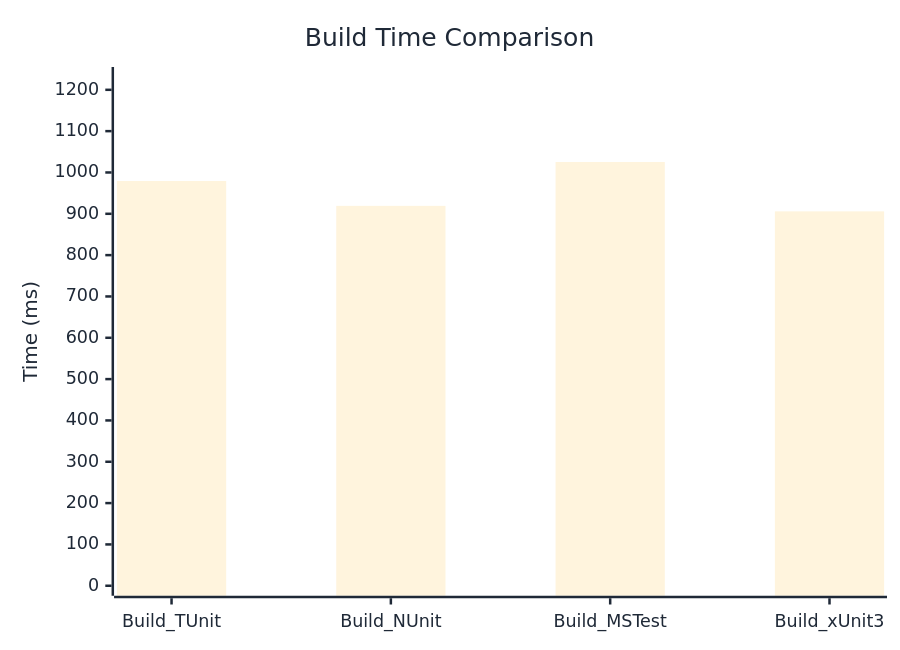
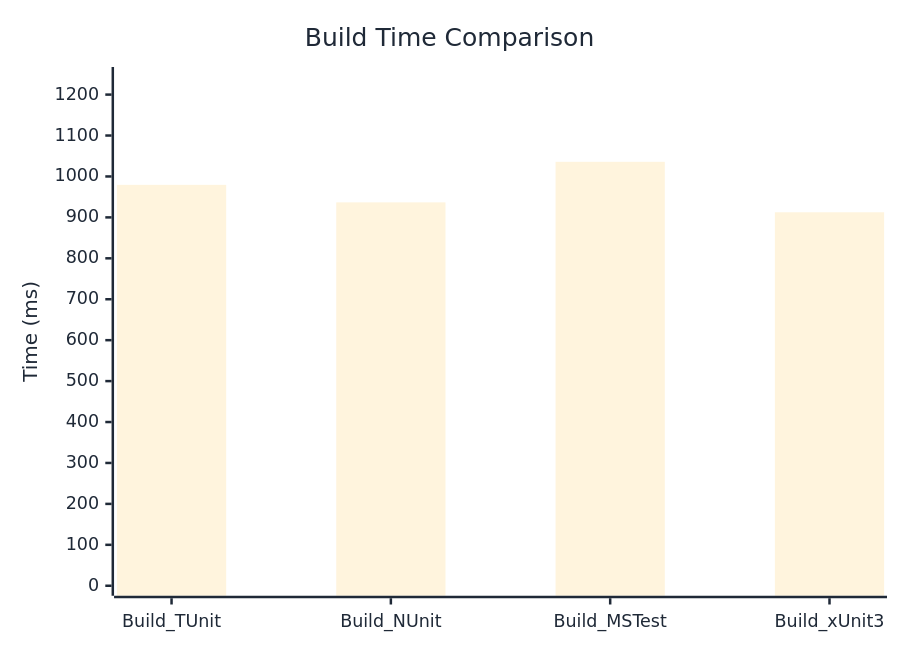
The diagram in docs/docs/benchmarks/engine/BuildTime.md (thomhurst/TUnit), drawn with Mermaid before and after one commit. The commit also changed other lines of this file and 18 other files, not shown here.

````diff
--- a/docs/docs/benchmarks/engine/BuildTime.md
+++ b/docs/docs/benchmarks/engine/BuildTime.md
@@ -30,37 +30,37 @@
 ```mermaid
 %%{init: {
   'theme':'base',
   'themeVariables': {
     'primaryColor': '#2563eb',
     'primaryTextColor': '#1f2937',
     'primaryBorderColor': '#1e40af',
     'lineColor': '#6b7280',
     'secondaryColor': '#7c3aed',
     'tertiaryColor': '#dc2626',
     'background': '#ffffff',
     'mainBkg': '#2563eb',
     'secondBkg': '#7c3aed',
     'tertiaryBkg': '#dc2626',
     'clusterBkg': '#f3f4f6',
     'edgeLabelBackground': '#ffffff',
     'tertiaryTextColor': '#1f2937',
     'pie1': '#2563eb',
     'pie2': '#7c3aed',
     'pie3': '#dc2626',
     'pie4': '#f59e0b',
     'pie5': '#10b981',
     'pie6': '#06b6d4',
     'pie7': '#ec4899',
     'pie8': '#6366f1',
     'pie9': '#84cc16',
     'pie10': '#f97316',
     'pie11': '#14b8a6',
     'pie12': '#a855f7'
   }
 }}%%
 xychart-beta
   title "Build Time Comparison"
   x-axis ["Build_TUnit", "Build_NUnit", "Build_MSTest", "Build_xUnit3"]
-  y-axis "Time (ms)" 0 --> 1231
-  bar [979.3, 919.2, 1025.3, 905.9]
+  y-axis "Time (ms)" 0 --> 1243
+  bar [979.5, 936.7, 1035.8, 912.5]
 ```
````
